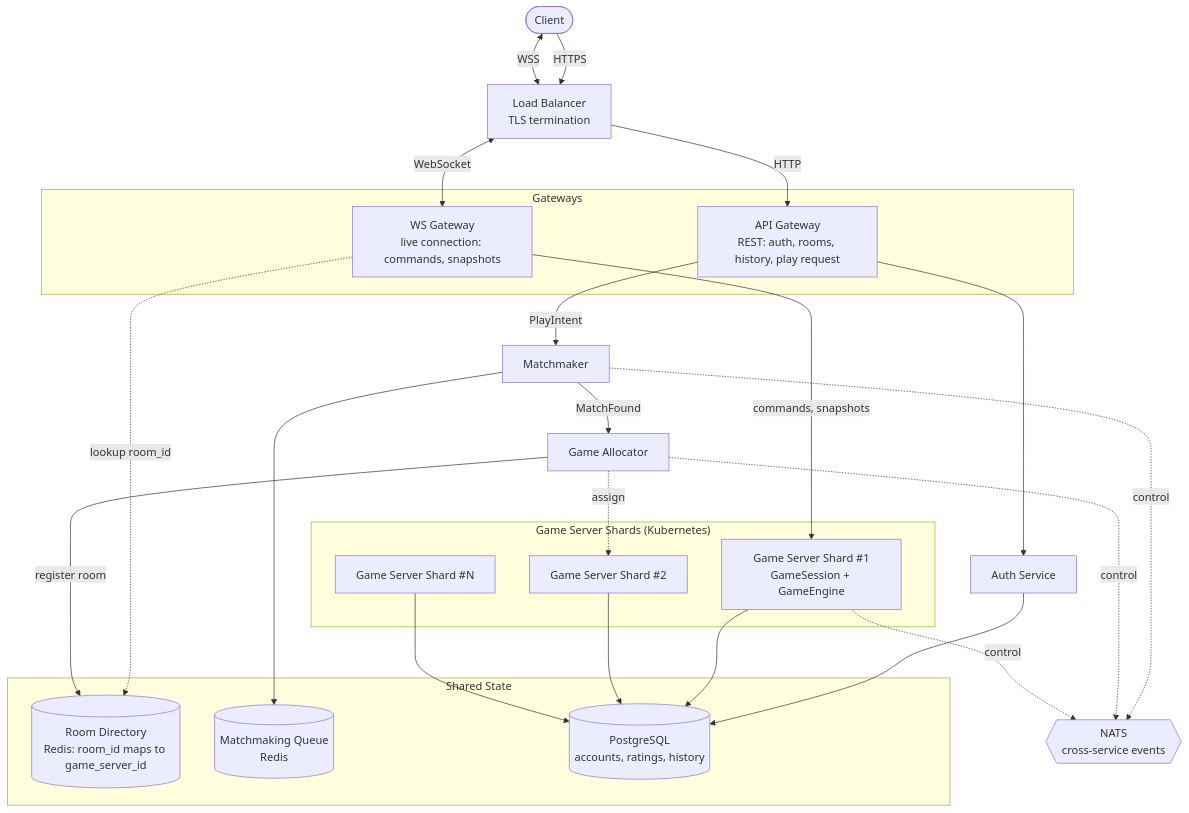
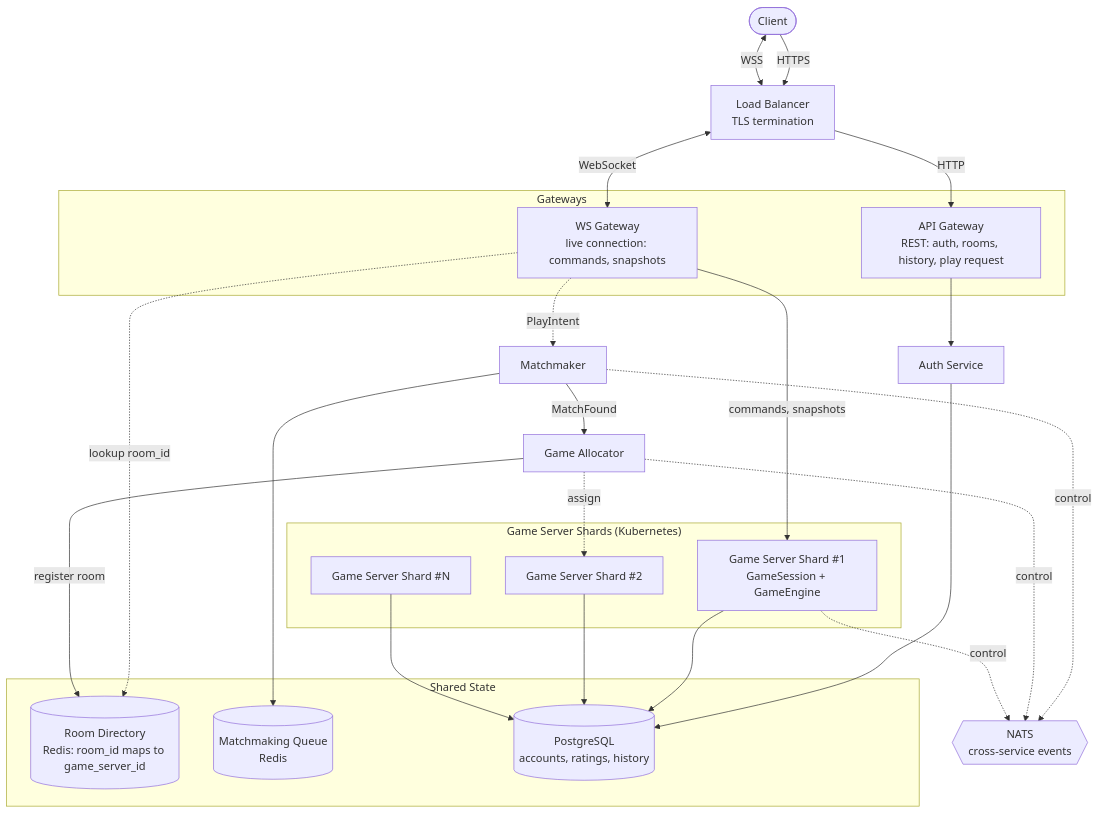
The first of 2 diagrams in Server_Design.md (dassikelerman/KFChess), drawn with Mermaid before and after one commit. The commit also changed other lines of this file, not shown here.

First line of the commit message:
Align Server_Design.md with the course's recommended architecture

````diff
--- a/Server_Design.md
+++ b/Server_Design.md
@@ -70,53 +72,53 @@
 ```mermaid
 flowchart TB
     Client(["Client"])
     LB["Load Balancer<br/>TLS termination"]
 
     subgraph GW["Gateways"]
         APIGW["API Gateway<br/>REST: auth, rooms, history, play request"]
         WSGW["WS Gateway<br/>live connection: commands, snapshots"]
     end
 
     Auth["Auth Service"]
     MM["Matchmaker"]
     GA["Game Allocator"]
 
     subgraph Shared["Shared State"]
         Dir[("Room Directory<br/>Redis: room_id maps to game_server_id")]
         Q[("Matchmaking Queue<br/>Redis")]
         PG[("PostgreSQL<br/>accounts, ratings, history")]
     end
 
     subgraph Shards["Game Server Shards (Kubernetes)"]
         GS1["Game Server Shard #1<br/>GameSession + GameEngine"]
         GS2["Game Server Shard #2"]
         GSN["Game Server Shard #N"]
     end
 
     Bus{{"NATS<br/>cross-service events"}}
 
     Client -->|HTTPS| LB
     Client <-->|WSS| LB
     LB -->|HTTP| APIGW
     LB <-->|WebSocket| WSGW
 
     APIGW --> Auth
     Auth --> PG
-    APIGW -->|PlayIntent| MM
 
     WSGW -->|commands, snapshots| GS1
     WSGW -.->|lookup room_id| Dir
+    WSGW -.->|PlayIntent| MM
 
     MM --> Q
     MM -->|MatchFound| GA
     GA -->|register room| Dir
     GA -.->|assign| GS2
 
     GS1 --> PG
     GS2 --> PG
     GSN --> PG
 
     MM -.->|control| Bus
     GA -.->|control| Bus
     GS1 -.->|control| Bus
 ```
````
